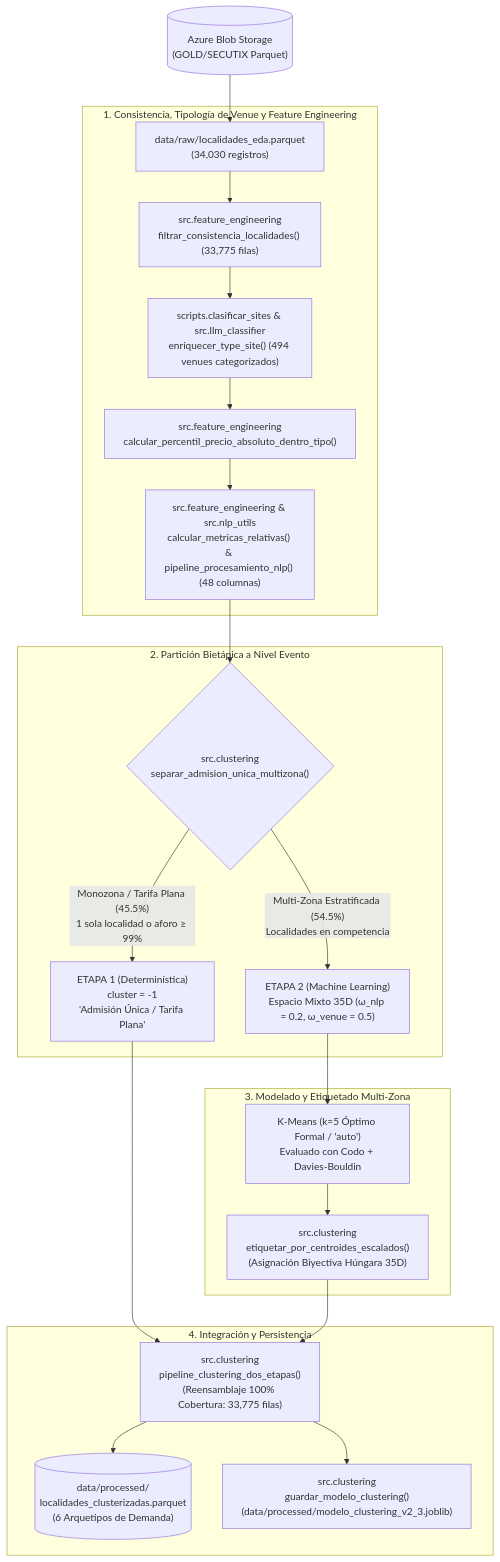
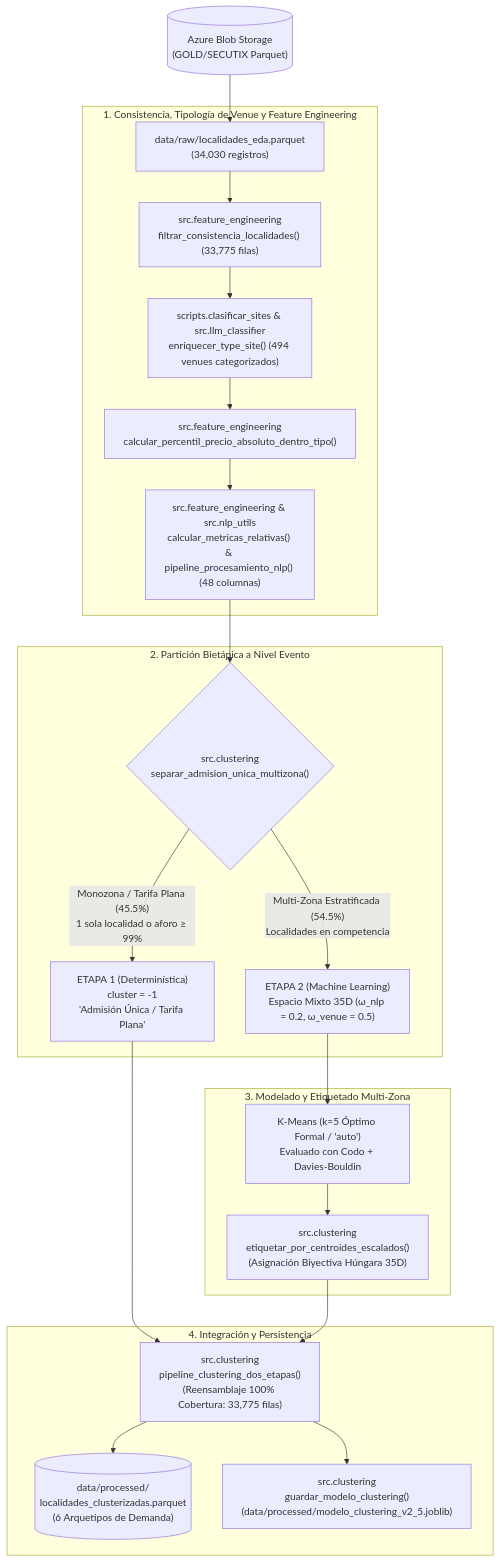
The second of 3 diagrams in DOCUMENTACION_MODELO_CLUSTERIZACION.md (valentinatuboleta/clusterizacion-localidades), drawn with Mermaid before and after one commit. The commit also changed other lines of this file and 1 other file, not shown here.

````diff
--- a/DOCUMENTACION_MODELO_CLUSTERIZACION.md
+++ b/DOCUMENTACION_MODELO_CLUSTERIZACION.md
@@ -60,28 +61,28 @@
 ```mermaid
 flowchart TD
     A[("Azure Blob Storage\n(GOLD/SECUTIX Parquet)")] --> B["data/raw/localidades_eda.parquet\n(34,030 registros)"]
     
     subgraph S1 ["1. Consistencia, Tipología de Venue y Feature Engineering"]
         B --> C["src.feature_engineering\nfiltrar_consistencia_localidades() (33,775 filas)"]
         C --> D1["scripts.clasificar_sites & src.llm_classifier\nenriquecer_type_site() (494 venues categorizados)"]
         D1 --> D2["src.feature_engineering\ncalcular_percentil_precio_absoluto_dentro_tipo()"]
         D2 --> D3["src.feature_engineering & src.nlp_utils\ncalcular_metricas_relativas() & pipeline_procesamiento_nlp() (48 columnas)"]
     end
 
     subgraph S2 ["2. Partición Bietápica a Nivel Evento"]
         D3 --> F{"src.clustering\nseparar_admision_unica_multizona()"}
         F -->|"Monozona / Tarifa Plana (45.5%)\n1 sola localidad o aforo ≥ 99%"| G["ETAPA 1 (Determinística)\ncluster = -1\n'Admisión Única / Tarifa Plana'"]
         F -->|"Multi-Zona Estratificada (54.5%)\nLocalidades en competencia"| H["ETAPA 2 (Machine Learning)\nEspacio Mixto 35D (ω_nlp = 0.2, ω_venue = 0.5)"]
     end
 
     subgraph S3 ["3. Modelado y Etiquetado Multi-Zona"]
         H --> I["K-Means (k=5 Óptimo Formal / 'auto')\nEvaluado con Codo + Davies-Bouldin"]
         I --> J["src.clustering\netiquetar_por_centroides_escalados()\n(Asignación Biyectiva Húngara 35D)"]
     end
 
     subgraph S4 ["4. Integración y Persistencia"]
         G & J --> K["src.clustering\npipeline_clustering_dos_etapas()\n(Reensamblaje 100% Cobertura: 33,775 filas)"]
         K --> L[("data/processed/\nlocalidades_clusterizadas.parquet\n(6 Arquetipos de Demanda)")]
-        K --> M["src.clustering\nguardar_modelo_clustering()\n(data/processed/modelo_clustering_v2_3.joblib)"]
+        K --> M["src.clustering\nguardar_modelo_clustering()\n(data/processed/modelo_clustering_v2_5.joblib)"]
     end
 ```
````
